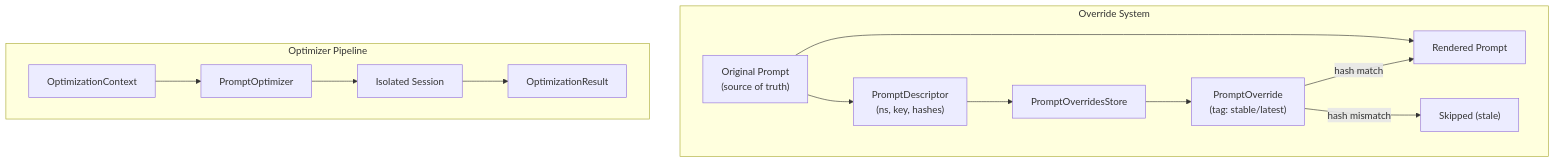
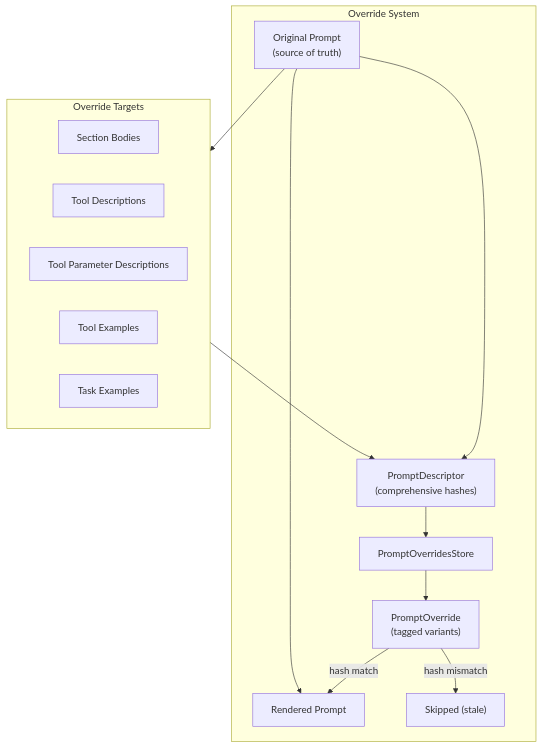
Before and after one commit to weakincentives/weakincentives: the diagram in specs/PROMPT_OPTIMIZATION.md, drawn with Mermaid. The commit also changed other lines of this file and 13 other files, not shown here.

````diff
--- a/specs/PROMPT_OPTIMIZATION.md
+++ b/specs/PROMPT_OPTIMIZATION.md
@@ -17,28 +19,27 @@
 ```mermaid
 flowchart TB
+    subgraph Targets["Override Targets"]
+        Sections["Section Bodies"]
+        ToolDesc["Tool Descriptions"]
+        ToolParams["Tool Parameter Descriptions"]
+        ToolExamples["Tool Examples"]
+        TaskExamples["Task Examples"]
+    end
+
     subgraph Override["Override System"]
         Original["Original Prompt<br/>(source of truth)"]
-        Descriptor["PromptDescriptor<br/>(ns, key, hashes)"]
+        Descriptor["PromptDescriptor<br/>(comprehensive hashes)"]
         Store["PromptOverridesStore"]
-        Override_["PromptOverride<br/>(tag: stable/latest)"]
+        Override_["PromptOverride<br/>(tagged variants)"]
 
         Original --> Descriptor
         Store --> Override_
         Override_ -->|hash match| Rendered
         Override_ -->|hash mismatch| Skipped["Skipped (stale)"]
     end
 
-    subgraph Optimizer["Optimizer Pipeline"]
-        Context["OptimizationContext"]
-        Optimizer_["PromptOptimizer"]
-        IsolatedSession["Isolated Session"]
-        Result["OptimizationResult"]
-
-        Context --> Optimizer_
-        Optimizer_ --> IsolatedSession
-        IsolatedSession --> Result
-    end
-
     Descriptor --> Store
+    Original --> Targets
+    Targets --> Descriptor
     Original --> Rendered["Rendered Prompt"]
 ```
````
